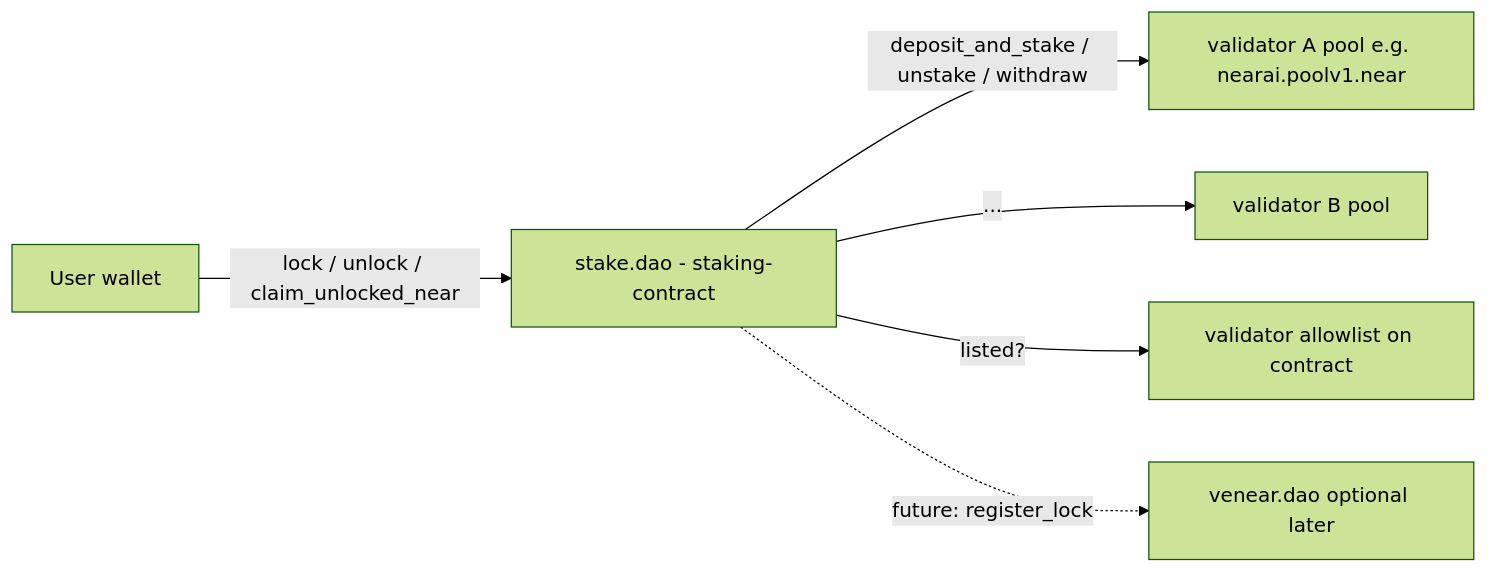
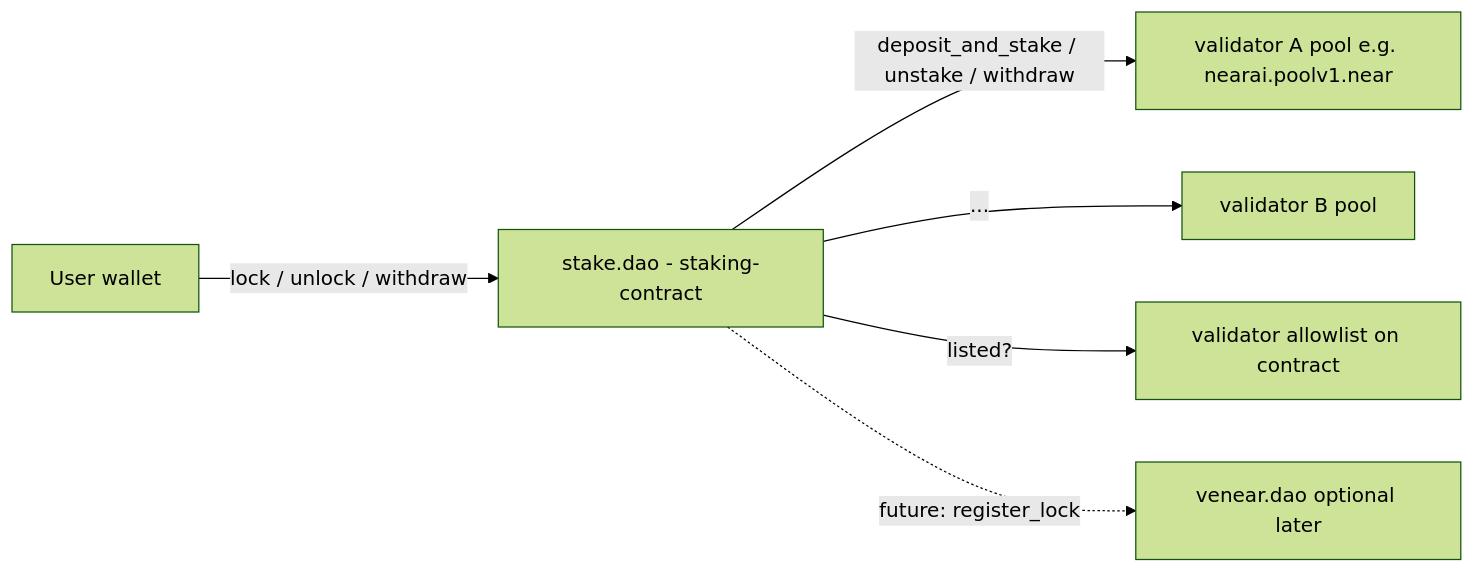
One commit to nearai/house-of-stake-contracts changed the diagram in staking-contract/docs/DESIGN.md. Above: the diagram before and after it, drawn with Mermaid (forest theme). The commit also changed other lines of this file and 24 other files, not shown here.

Commit message:
refactor: lock & unlock

````diff
--- a/staking-contract/docs/DESIGN.md
+++ b/staking-contract/docs/DESIGN.md
@@ -28,15 +28,15 @@
 ```mermaid
 flowchart LR
     user[User wallet]
     stakeDao[stake.dao - staking-contract]
     allowlist[validator allowlist on contract]
     poolA[validator A pool e.g. nearai.poolv1.near]
     poolB[validator B pool]
     venearDao[venear.dao optional later]
 
-    user -- "lock / unlock / claim_unlocked_near" --> stakeDao
+    user -- "lock / unlock / withdraw" --> stakeDao
     stakeDao -- "deposit_and_stake / unstake / withdraw" --> poolA
     stakeDao -- "..." --> poolB
     stakeDao -- "listed?" --> allowlist
     stakeDao -. "future: register_lock" .-> venearDao
 ```
````
